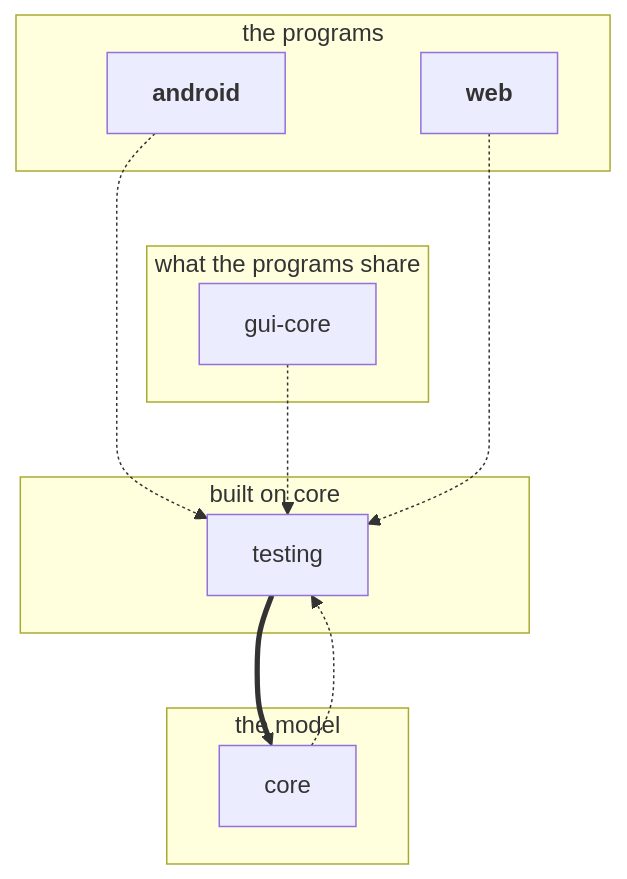
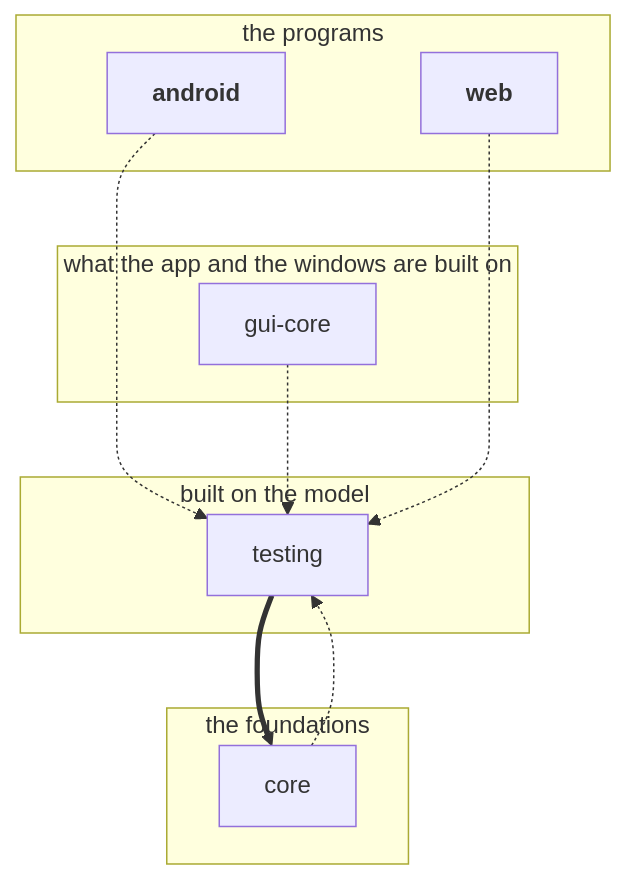
The third of 4 diagrams in docs/developing.md (loplex/sandbox_testing_repo_1), drawn with Mermaid before and after one commit. The commit also changed other lines of this file and 1 other file, not shown here.

````diff
--- a/docs/developing.md
+++ b/docs/developing.md
@@ -168,24 +181,24 @@
 ```mermaid
 graph TD
     subgraph programs [the programs]
         android
         web
     end
-    subgraph shared [what the programs share]
+    subgraph frames [what the app and the windows are built on]
         gui-core
     end
-    subgraph base [built on core]
+    subgraph services [built on the model]
         testing
     end
-    subgraph model [the model]
+    subgraph foundations [the foundations]
         core
     end
     android -.-> testing
     web -.-> testing
     gui-core -.-> testing
     testing ==> core
     core -.-> testing
-    programs ~~~ shared
+    programs ~~~ frames
     classDef program font-weight:bold
     class android,web program
 ```
````
